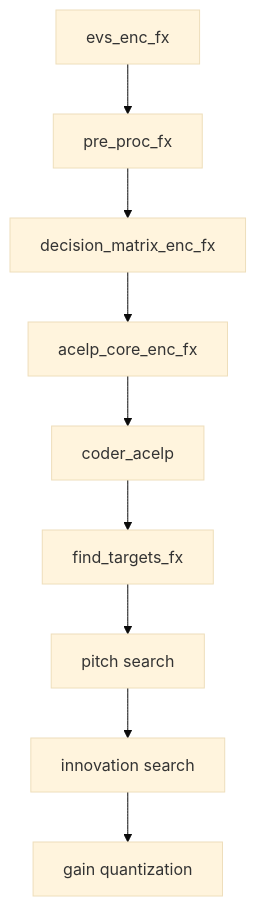
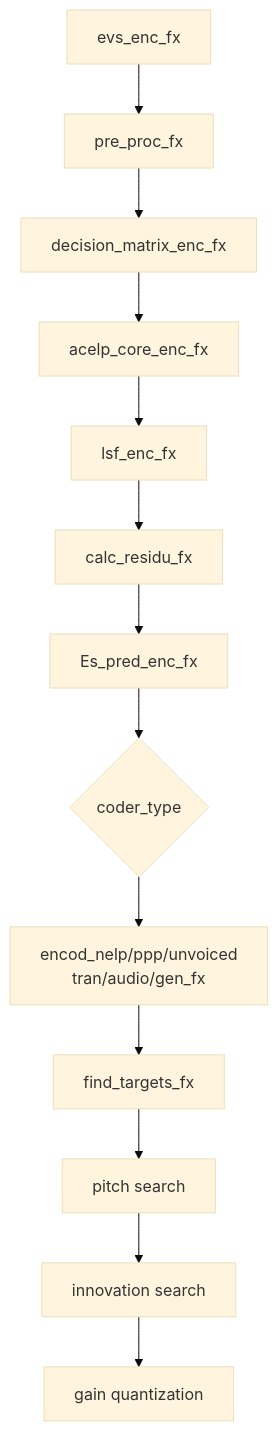
Before and after one commit to 20050710212/obsidian_vault: diagram 11 of 11 in EVS/EVS_ENC_call_chain.md, drawn with Mermaid (base theme). The commit also changed other lines of this file, not shown here.

````diff
--- a/EVS/EVS_ENC_call_chain.md
+++ b/EVS/EVS_ENC_call_chain.md
@@ -304,12 +270,20 @@
 ``` mermaid
 flowchart TD
-A[evs_enc_fx]
-A --> B[pre_proc_fx]
+A[evs_enc_fx] --> B[pre_proc_fx]
 B --> C[decision_matrix_enc_fx]
 C --> D[acelp_core_enc_fx]
-D --> E[coder_acelp]
-E --> F[find_targets_fx]
-F --> G[pitch search]
-G --> H[innovation search]
-H --> I[gain quantization]
+
+D --> E[lsf_enc_fx]
+E --> F[calc_residu_fx]
+F --> G[Es_pred_enc_fx]
+
+G --> H{coder_type}
+
+H --> I[encod_nelp/ppp/unvoiced<br>tran/audio/gen_fx]
+
+I --> P[find_targets_fx]
+
+P --> Q[pitch search]
+Q --> R[innovation search]
+R --> S[gain quantization]
 ```
````
